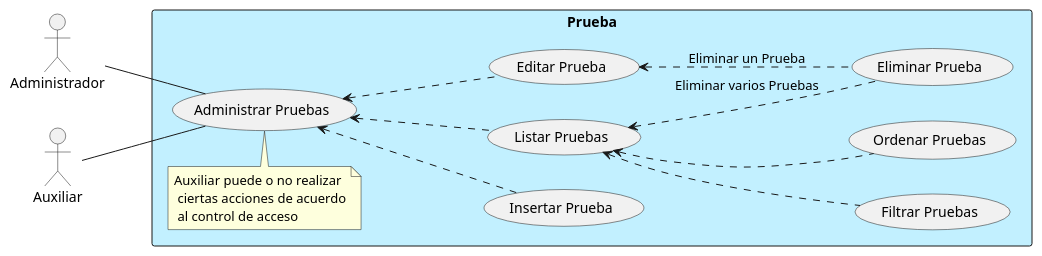
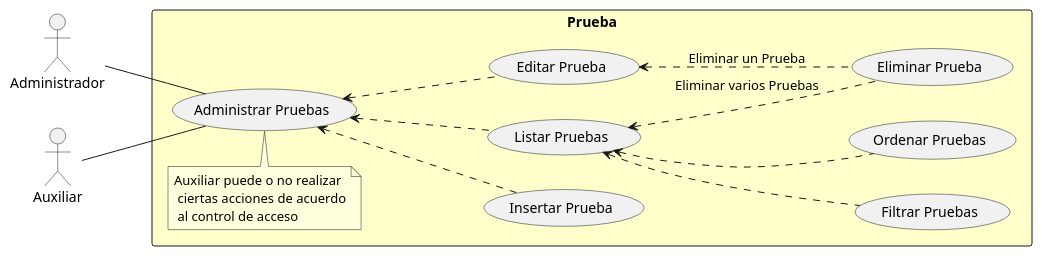
The diagram in ROOT/modules/proyecto/puml/pruebas-usecase.puml (capsi-ucp/capsi-ucp.github.io), drawn with PlantUML before and after one commit. The commit also changed 2 other files, not shown here.

```diff
--- a/ROOT/modules/proyecto/puml/pruebas-usecase.puml
+++ b/ROOT/modules/proyecto/puml/pruebas-usecase.puml
@@ -1,29 +1,29 @@
 @startuml
 left to right direction
 actor Administrador
 actor Auxiliar
 
-rectangle Prueba #Application {
+rectangle Prueba #BUSINESS {
   usecase "Insertar Prueba" as C
   usecase "Listar Pruebas" as R
   usecase "Editar Prueba" as U
   usecase "Eliminar Prueba" as D
   usecase "Filtrar Pruebas" as Searchable
   usecase "Ordenar Pruebas" as Sortable
   usecase "Administrar Pruebas" as CRUD
   note "Auxiliar puede o no realizar\r\n ciertas acciones de acuerdo\r\n al control de acceso" as Acl
 }
 
 CRUD <--. C
 CRUD <--. R
 CRUD <--. U
 
 R <.. Searchable
 R <.. Sortable
 U <.. D: "Eliminar un Prueba"
 R <.. D: "Eliminar varios Pruebas"
 
 Administrador -- CRUD
 Auxiliar -- CRUD
 Acl - CRUD
 @enduml
```
